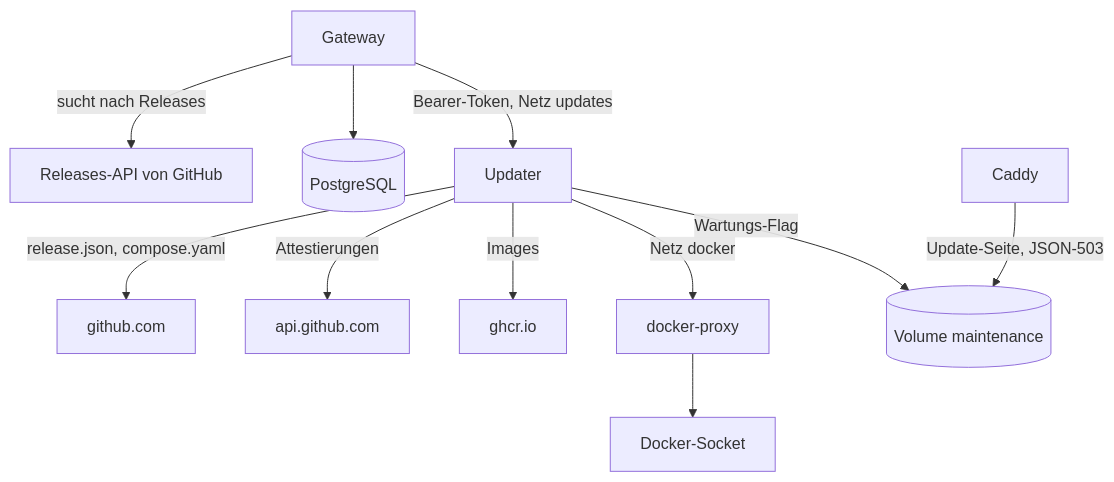
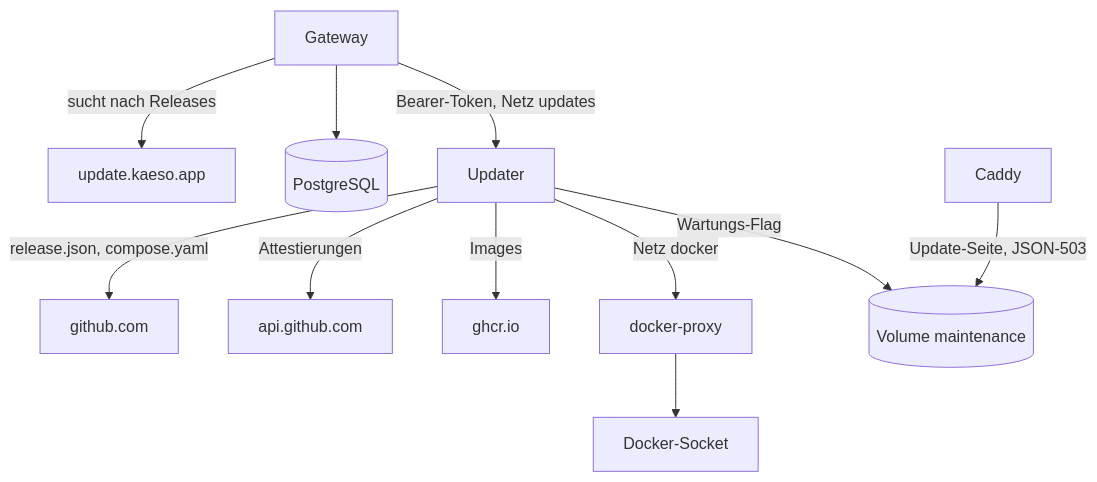
Before and after one commit to logicplanes/kaeso: the diagram in apps/docs/content/de/development/architecture/updates.md, drawn with Mermaid. The commit also changed other lines of this file and 90 other files, not shown here.

First line of the commit message:
Serve Kaeso's releases from update.kaeso.app, with artwork for every release, and point installs at it

````diff
--- a/apps/docs/content/de/development/architecture/updates.md
+++ b/apps/docs/content/de/development/architecture/updates.md
@@ -9,15 +9,15 @@
 ```mermaid
 flowchart TD
   accTitle: Wie eine Installation von Releases erfährt und sich aktualisiert
-  accDescr: Das Gateway fragt die Releases-API von GitHub ab, hält seinen Zustand in PostgreSQL und ruft den Updater über das interne Netz updates mit einem Bearer-Token auf. Der Updater holt release.json und compose.yaml von github.com, Attestierungen von api.github.com und Images von ghcr.io, erreicht Docker nur über docker-proxy im internen Netz docker und schreibt das Wartungs-Flag, das Caddy liest, um die Update-Seite und die JSON-503 auszuliefern.
-  gateway[Gateway] -- sucht nach Releases --> releases[Releases-API von GitHub]
+  accDescr: Das Gateway fragt update.kaeso.app nach Releases ab, hält seinen Zustand in PostgreSQL und ruft den Updater über das interne Netz updates mit einem Bearer-Token auf. Der Updater holt release.json und compose.yaml von github.com, Attestierungen von api.github.com und Images von ghcr.io, erreicht Docker nur über docker-proxy im internen Netz docker und schreibt das Wartungs-Flag, das Caddy liest, um die Update-Seite und die JSON-503 auszuliefern.
+  gateway[Gateway] -- sucht nach Releases --> releases[update.kaeso.app]
   gateway --> postgres[(PostgreSQL)]
   gateway -- Bearer-Token, Netz updates --> updater[Updater]
   updater -- release.json, compose.yaml --> github[github.com]
   updater -- Attestierungen --> api[api.github.com]
   updater -- Images --> ghcr[ghcr.io]
   updater -- Netz docker --> proxy[docker-proxy]
   proxy --> socket[Docker-Socket]
   updater -- Wartungs-Flag --> maintenance[(Volume maintenance)]
   caddy[Caddy] -- Update-Seite, JSON-503 --> maintenance
 ```
````
